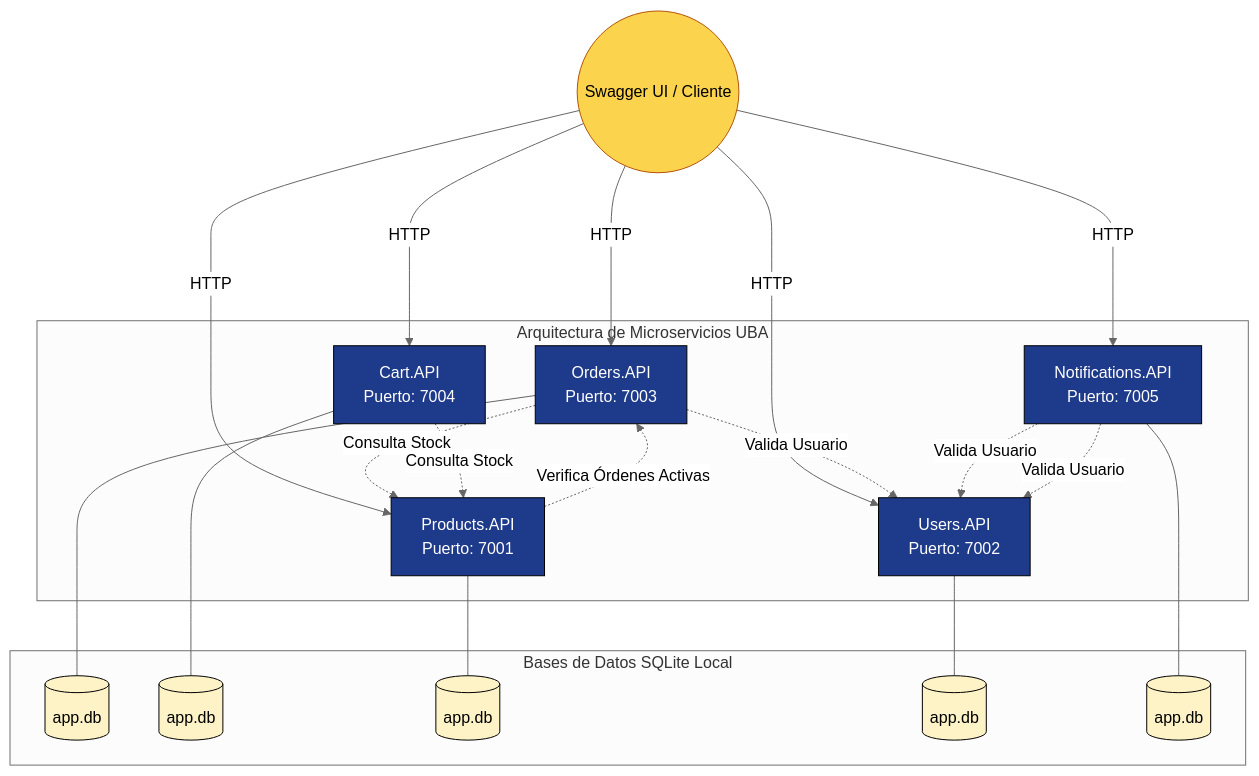
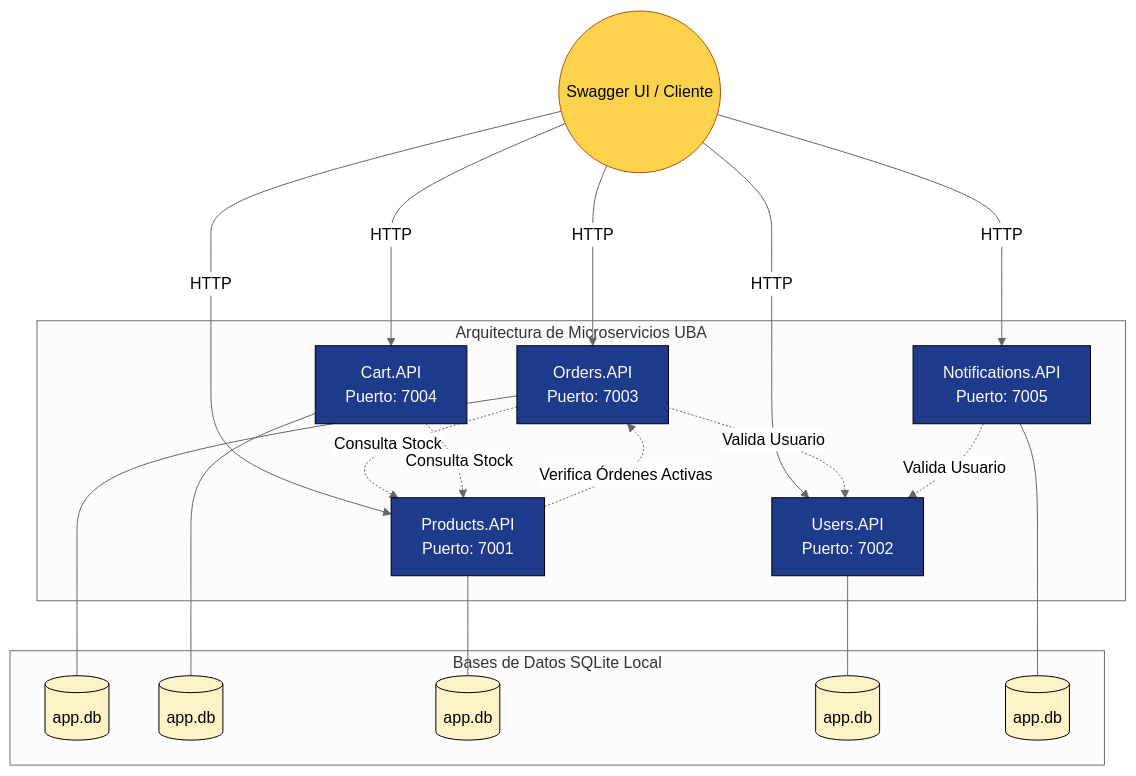
One commit to flandria123/TPGrupo2 changed the diagram in README.md. Above: the diagram before and after it, drawn with Mermaid (neutral theme).

Commit message:
Prueba README

````diff
--- a/README.md
+++ b/README.md
@@ -73,70 +73,67 @@
 ```mermaid
 graph TD
     %% Definición del Cliente
     Client(("Swagger UI / Cliente"))
 
     %% Definición de los Microservicios
     subgraph Arquitectura de Microservicios UBA
         %% Fila Superior
         OrdersAPI["Orders.API\nPuerto: 7003"]
         CartAPI["Cart.API\nPuerto: 7004"]
         
         %% Fila Inferior
         ProductsAPI["Products.API\nPuerto: 7001"]
         UsersAPI["Users.API\nPuerto: 7002"]
         NotificationsAPI["Notifications.API\nPuerto: 7005"]
     end
 
     %% Peticiones HTTP del Cliente a los Microservicios
     %% Flechas cortas para la primera fila
     Client -->|HTTP| OrdersAPI
     Client -->|HTTP| CartAPI
     
     %% Flechas largas para forzar que bajen a la segunda fila
     Client --->|HTTP| ProductsAPI
     Client --->|HTTP| UsersAPI
     Client --->|HTTP| NotificationsAPI
 
     %% Comunicación interna entre Microservicios (Validaciones cruzadas)
     OrdersAPI -.->|Consulta Stock| ProductsAPI
     OrdersAPI -.->|Valida Usuario| UsersAPI
     CartAPI -.->|Consulta Stock| ProductsAPI
     
-    %% NUEVA FLECHA HORIZONTAL: Notificaciones validando al usuario
-    NotificationsAPI -.->|Valida Usuario| UsersAPI
-
-    %% NUEVA FLECHA HORIZONTAL: Notificaciones validando al usuario
+    %% Validación de Notificaciones al usuario (NTF-001)
     NotificationsAPI -.->|Valida Usuario| UsersAPI
     
     %% VALIDACIÓN DE ELIMINACIÓN DE PRODUCTO (PRD-004)
     ProductsAPI -.->|Verifica Órdenes Activas| OrdersAPI
     
     %% Bases de Datos
     subgraph Bases de Datos SQLite Local
         DB_O[("app.db")]
         DB_C[("app.db")]
         DB_P[("app.db")]
         DB_U[("app.db")]
         DB_N[("app.db")]
     end
 
     %% Conexión a DBs
     OrdersAPI --- DB_O
     CartAPI --- DB_C
     ProductsAPI --- DB_P
     UsersAPI --- DB_U
     NotificationsAPI --- DB_N
 
     %% Estilos (Basado en la foto original de la cátedra)
     style ProductsAPI fill:#1e3a8a,stroke:#000,color:#fff
     style UsersAPI fill:#1e3a8a,stroke:#000,color:#fff
     style OrdersAPI fill:#1e3a8a,stroke:#000,color:#fff
     style CartAPI fill:#1e3a8a,stroke:#000,color:#fff
     style NotificationsAPI fill:#1e3a8a,stroke:#000,color:#fff
     style Client fill:#fcd34d,stroke:#b45309,color:#000
     style DB_O fill:#fef3c7,stroke:#000
     style DB_C fill:#fef3c7,stroke:#000
     style DB_P fill:#fef3c7,stroke:#000
     style DB_U fill:#fef3c7,stroke:#000
     style DB_N fill:#fef3c7,stroke:#000
 ```
````
